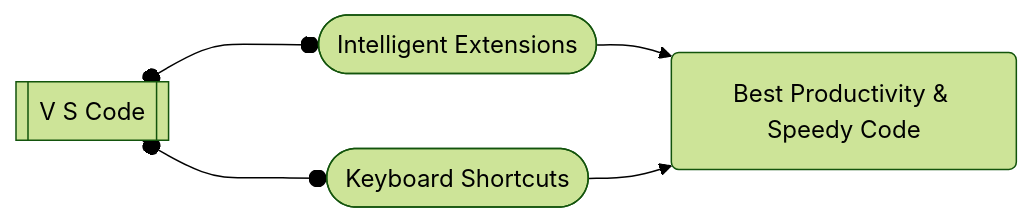
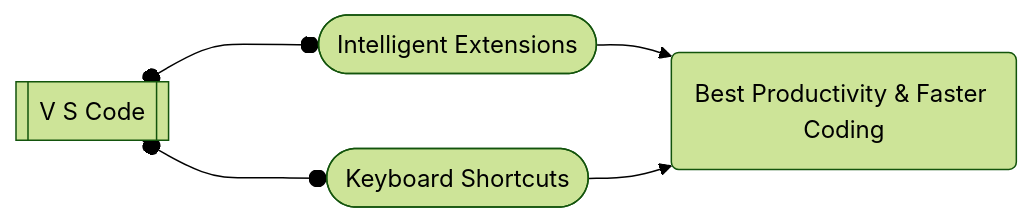
One commit to DalpatRathore/vscode-extensions-docket changed the diagram in README.md. Above: the diagram before and after it, drawn with Mermaid (forest theme).

Commit message:
Update: Readme Content

````diff
--- a/README.md
+++ b/README.md
@@ -5,7 +5,7 @@
 ```mermaid
 flowchart LR
     A[[V S Code]]o---oB([Intelligent Extensions])
     A o---oC([Keyboard Shortcuts])
-    B-->D(Best Productivity & Speedy Code)
+    B-->D(Best Productivity & Faster Coding)
     C-->D
 ```
````
